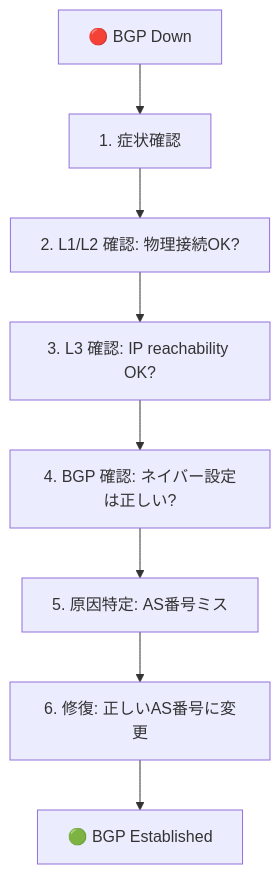
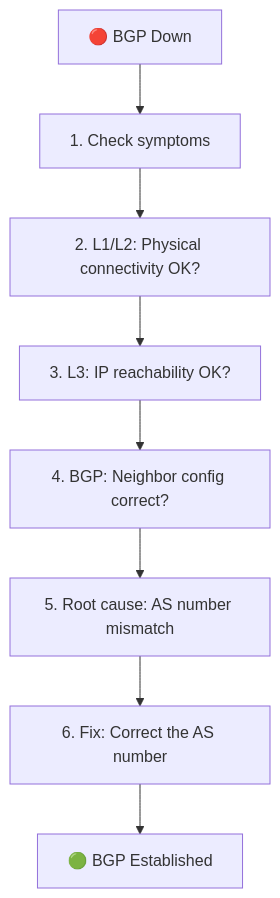
Before and after one commit to nkchan/clab-ai-orchestrator: the diagram in samples/02_troubleshoot_bgp/README.md, drawn with Mermaid. The commit also changed other lines of this file and 15 other files, not shown here.

First line of the commit message:
docs: convert all documentation to English, generalize README architecture

````diff
--- a/samples/02_troubleshoot_bgp/README.md
+++ b/samples/02_troubleshoot_bgp/README.md
@@ -10,10 +9,10 @@
 ```mermaid
 flowchart TD
-    A["🔴 BGP Down"] --> B["1. 症状確認"]
-    B --> C["2. L1/L2 確認: 物理接続OK?"]
-    C --> D["3. L3 確認: IP reachability OK?"]
-    D --> E["4. BGP 確認: ネイバー設定は正しい?"]
-    E --> F["5. 原因特定: AS番号ミス"]
-    F --> G["6. 修復: 正しいAS番号に変更"]
+    A["🔴 BGP Down"] --> B["1. Check symptoms"]
+    B --> C["2. L1/L2: Physical connectivity OK?"]
+    C --> D["3. L3: IP reachability OK?"]
+    D --> E["4. BGP: Neighbor config correct?"]
+    E --> F["5. Root cause: AS number mismatch"]
+    F --> G["6. Fix: Correct the AS number"]
     G --> H["🟢 BGP Established"]
 ```
````
